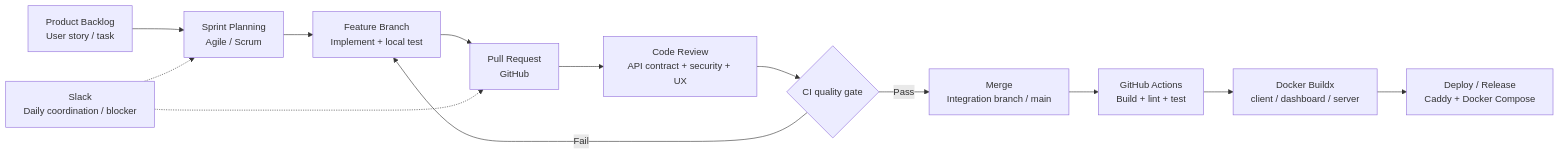
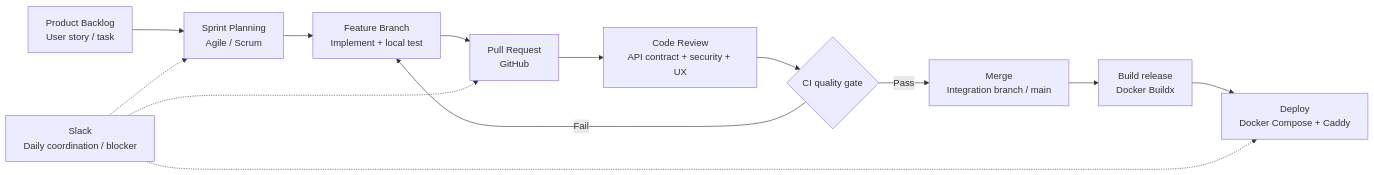
Before and after one commit to czx04/fsa-fe-food-ordering: the diagram in report/diagrams/hinh-1-1-quy-trinh-phat-trien.mmd, drawn with Mermaid. The commit also changed 22 other files, not shown here.

```diff
--- a/report/diagrams/hinh-1-1-quy-trinh-phat-trien.mmd
+++ b/report/diagrams/hinh-1-1-quy-trinh-phat-trien.mmd
@@ -1,13 +1,13 @@
 flowchart LR
     A["Product Backlog<br/>User story / task"] --> B["Sprint Planning<br/>Agile / Scrum"]
     B --> C["Feature Branch<br/>Implement + local test"]
     C --> D["Pull Request<br/>GitHub"]
     D --> E["Code Review<br/>API contract + security + UX"]
     E --> F{"CI quality gate"}
+    F -->|"Fail"| C
     F -->|"Pass"| G["Merge<br/>Integration branch / main"]
-    F -->|"Fail"| C
-    G --> H["GitHub Actions<br/>Build + lint + test"]
-    H --> I["Docker Buildx<br/>client / dashboard / server"]
-    I --> J["Deploy / Release<br/>Caddy + Docker Compose"]
+    G --> H["Build release<br/>Docker Buildx"]
+    H --> I["Deploy<br/>Docker Compose + Caddy"]
     K["Slack<br/>Daily coordination / blocker"] -.-> B
     K -.-> D
+    K -.-> I
```
